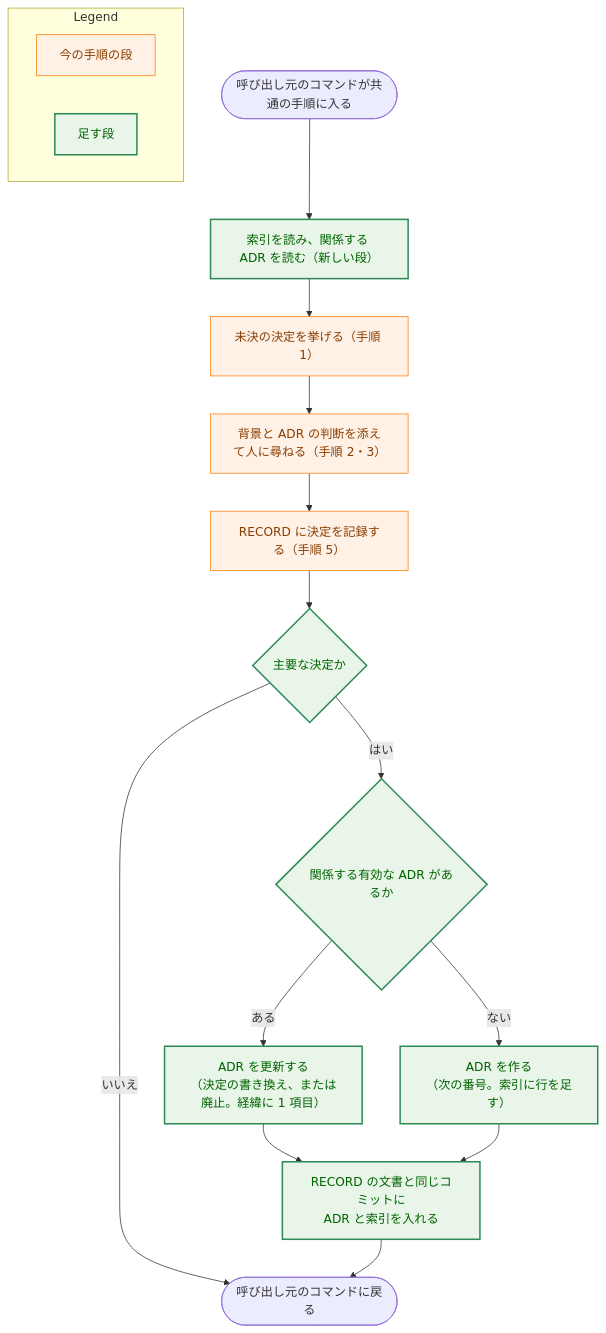
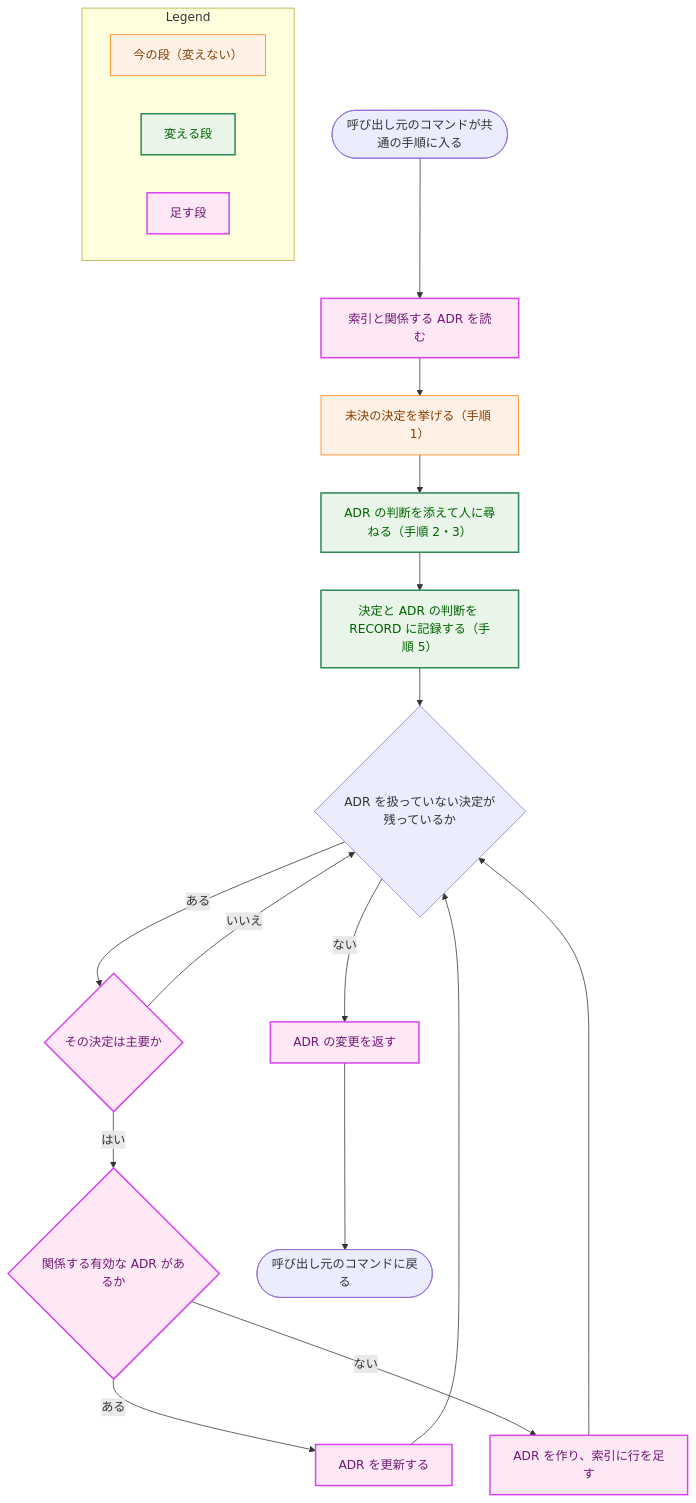
Before and after one commit to isseis/yt2column: the fifth of 6 diagrams in docs/tasks/0060_adr_records/02_architecture.md, drawn with Mermaid. The commit also changed other lines of this file, not shown here.

First line of the commit message:
docs(0060): address the architecture review findings

````diff
--- a/docs/tasks/0060_adr_records/02_architecture.md
+++ b/docs/tasks/0060_adr_records/02_architecture.md
@@ -481,35 +576,40 @@
 ```mermaid
 flowchart TD
-    classDef data fill:#e6f7ff,stroke:#1f77b4,stroke-width:1px,color:#0b3d91;
     classDef process fill:#fff1e6,stroke:#ff7f0e,stroke-width:1px,color:#8a3e00;
     classDef enhanced fill:#e8f5e8,stroke:#2e8b57,stroke-width:2px,color:#006400;
+    classDef newpkg fill:#ffe8f5,stroke:#d946ef,stroke-width:2px,color:#701a75;
 
     START(["呼び出し元のコマンドが共通の手順に入る"])
-    READ["索引を読み、関係する ADR を読む（新しい段）"]
+    READ["索引と関係する ADR を読む"]
     LIST["未決の決定を挙げる（手順 1）"]
-    ASK["背景と ADR の判断を添えて人に尋ねる（手順 2・3）"]
-    RECORD["RECORD に決定を記録する（手順 5）"]
-    MAJOR{"主要な決定か"}
+    ASK["ADR の判断を添えて人に尋ねる（手順 2・3）"]
+    RECORD["決定と ADR の判断を RECORD に記録する（手順 5）"]
+    NEXT{"ADR を扱っていない決定が残っているか"}
+    MAJOR{"その決定は主要か"}
     EXIST{"関係する有効な ADR があるか"}
-    UPDATE["ADR を更新する<br>（決定の書き換え、または廃止。経緯に 1 項目）"]
-    CREATE["ADR を作る<br>（次の番号。索引に行を足す）"]
-    COMMIT["RECORD の文書と同じコミットに<br>ADR と索引を入れる"]
-    END(["呼び出し元のコマンドに戻る"])
+    UPDATE["ADR を更新する"]
+    CREATE["ADR を作り、索引に行を足す"]
+    OUT["ADR の変更を返す"]
+    FIN(["呼び出し元のコマンドに戻る"])
 
-    START --> READ --> LIST --> ASK --> RECORD --> MAJOR
-    MAJOR -->|"いいえ"| END
+    START --> READ --> LIST --> ASK --> RECORD --> NEXT
+    NEXT -->|"ある"| MAJOR
+    NEXT -->|"ない"| OUT --> FIN
+    MAJOR -->|"いいえ"| NEXT
     MAJOR -->|"はい"| EXIST
-    EXIST -->|"ある"| UPDATE --> COMMIT
-    EXIST -->|"ない"| CREATE --> COMMIT
-    COMMIT --> END
+    EXIST -->|"ある"| UPDATE --> NEXT
+    EXIST -->|"ない"| CREATE --> NEXT
 
-    class LIST,ASK,RECORD process
-    class READ,MAJOR,EXIST,UPDATE,CREATE,COMMIT enhanced
+    class LIST process
+    class ASK,RECORD enhanced
+    class READ,MAJOR,EXIST,UPDATE,CREATE,OUT newpkg
 
     subgraph Legend["Legend"]
-        L1["今の手順の段"]
-        L2["足す段"]
+        L1["今の段（変えない）"]
+        L2["変える段"]
+        L3["足す段"]
     end
     class L1 process
     class L2 enhanced
+    class L3 newpkg
 ```
````
